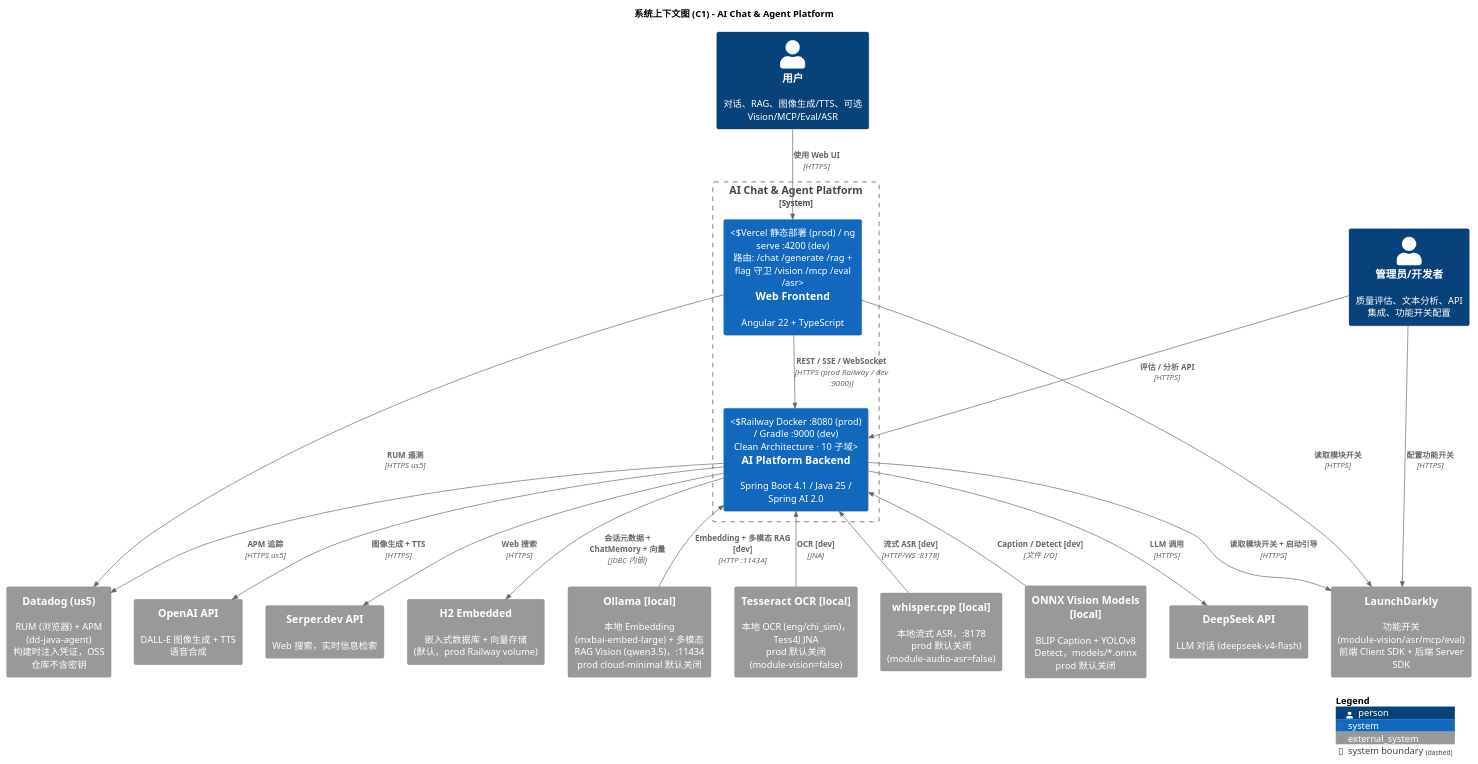
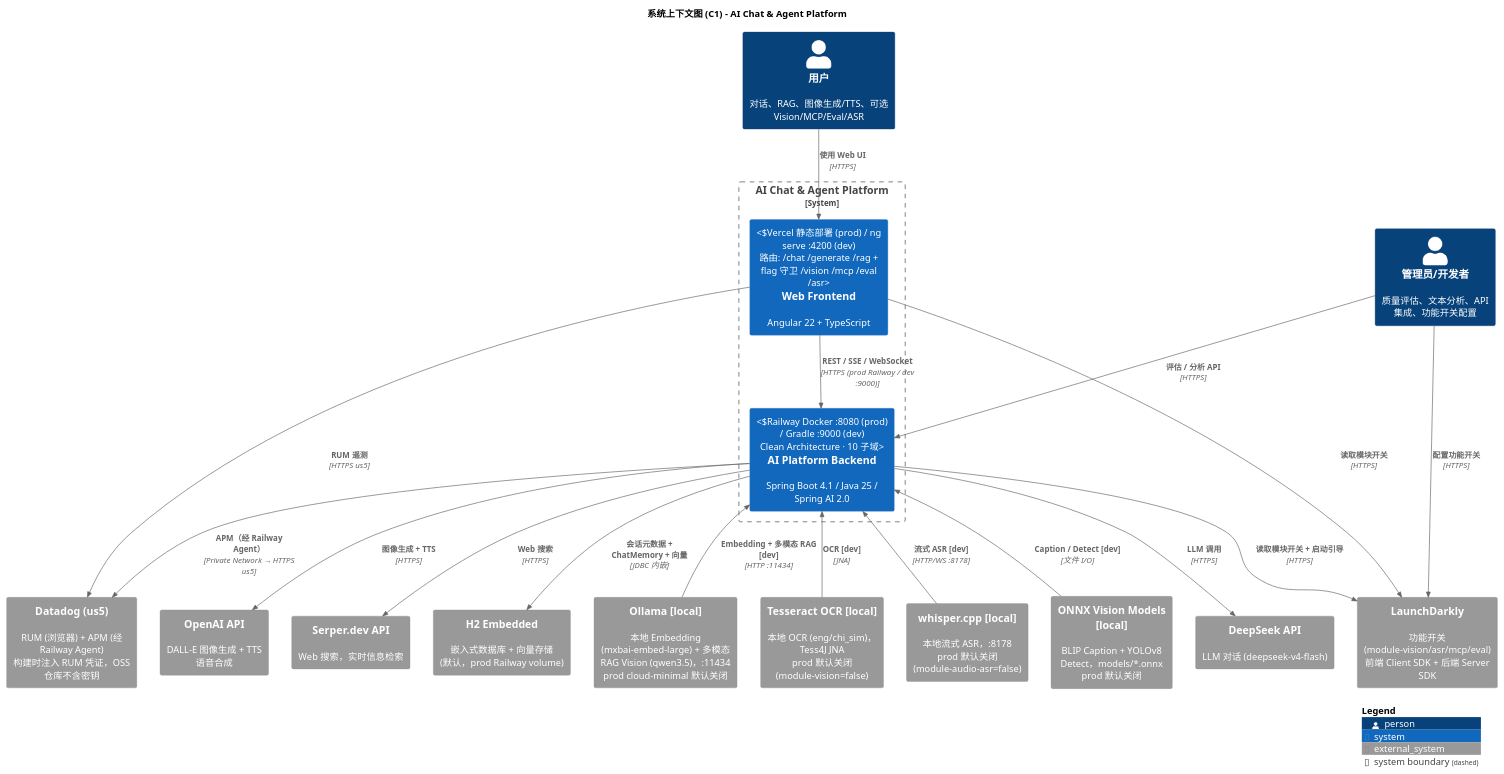
One commit to felixzhu97/explore-ai changed the diagram in docs/c4/C1-Context.puml. Above: the diagram before and after it, drawn with PlantUML. The commit also changed 8 other files, not shown here.

First line of the commit message:
docs: align C4 production diagram with Datadog Agent

```diff
--- a/docs/c4/C1-Context.puml
+++ b/docs/c4/C1-Context.puml
@@ -1,68 +1,68 @@
 @startuml C1-Context
 !include https://raw.githubusercontent.com/plantuml-stdlib/C4-PlantUML/master/C4_Context.puml
 
 LAYOUT_WITH_LEGEND()
 
 title 系统上下文图 (C1) - AI Chat & Agent Platform
 
 ' ============================================================
 ' PEOPLE
 ' ============================================================
 Person(user, "用户", "对话、RAG、图像生成/TTS、可选 Vision/MCP/Eval/ASR")
 Person(admin, "管理员/开发者", "质量评估、文本分析、API 集成、功能开关配置")
 
 ' ============================================================
 ' AI Chat & Agent Platform
 ' ============================================================
 System_Boundary(ai_platform, "AI Chat & Agent Platform") {
     System(frontend, "Web Frontend", "Angular 22 + TypeScript", "Vercel 静态部署 (prod) / ng serve :4200 (dev)\n路由: /chat /generate /rag + flag 守卫 /vision /mcp /eval /asr")
     System(backend, "AI Platform Backend", "Spring Boot 4.1 / Java 25 / Spring AI 2.0", "Railway Docker :8080 (prod) / Gradle :9000 (dev)\nClean Architecture · 10 子域")
 }
 
 ' ============================================================
 ' PLATFORM SERVICES
 ' ============================================================
 System_Ext(launchdarkly, "LaunchDarkly", "功能开关 (module-vision/asr/mcp/eval)\n前端 Client SDK + 后端 Server SDK")
-System_Ext(datadog, "Datadog (us5)", "RUM (浏览器) + APM (dd-java-agent)\n构建时注入凭证，OSS 仓库不含密钥")
+System_Ext(datadog, "Datadog (us5)", "RUM (浏览器) + APM (经 Railway Agent)\n构建时注入 RUM 凭证，OSS 仓库不含密钥")
 
 ' ============================================================
 ' CLOUD AI SERVICES (prod + dev)
 ' ============================================================
 System_Ext(deepseek_api, "DeepSeek API", "LLM 对话 (deepseek-v4-flash)")
 System_Ext(openai_api, "OpenAI API", "DALL-E 图像生成 + TTS 语音合成")
 System_Ext(serper_api, "Serper.dev API", "Web 搜索，实时信息检索")
 
 ' ============================================================
 ' DATA & LOCAL-ONLY SERVICES (dev / optional)
 ' ============================================================
 System_Ext(h2_db, "H2 Embedded", "嵌入式数据库 + 向量存储 (默认，prod Railway volume)")
 System_Ext(ollama, "Ollama [local]", "本地 Embedding (mxbai-embed-large) + 多模态 RAG Vision (qwen3.5)，:11434\nprod cloud-minimal 默认关闭")
 System_Ext(tesseract, "Tesseract OCR [local]", "本地 OCR (eng/chi_sim)，Tess4J JNA\nprod 默认关闭 (module-vision=false)")
 System_Ext(whisper_cpp, "whisper.cpp [local]", "本地流式 ASR，:8178\nprod 默认关闭 (module-audio-asr=false)")
 System_Ext(onnx_vision, "ONNX Vision Models [local]", "BLIP Caption + YOLOv8 Detect，models/*.onnx\nprod 默认关闭")
 
 ' ============================================================
 ' RELATIONSHIPS
 ' ============================================================
 Rel(user, frontend, "使用 Web UI", "HTTPS")
 Rel(admin, launchdarkly, "配置功能开关", "HTTPS")
 Rel(admin, backend, "评估 / 分析 API", "HTTPS")
 Rel(frontend, backend, "REST / SSE / WebSocket", "HTTPS (prod Railway / dev :9000)")
 
 Rel(frontend, launchdarkly, "读取模块开关", "HTTPS")
 Rel(frontend, datadog, "RUM 遥测", "HTTPS us5")
 Rel(backend, launchdarkly, "读取模块开关 + 启动引导", "HTTPS")
-Rel(backend, datadog, "APM 追踪", "HTTPS us5")
+Rel(backend, datadog, "APM（经 Railway Agent）", "Private Network → HTTPS us5")
 
 Rel(backend, deepseek_api, "LLM 调用", "HTTPS")
 Rel(backend, openai_api, "图像生成 + TTS", "HTTPS")
 Rel(backend, serper_api, "Web 搜索", "HTTPS")
 Rel(backend, h2_db, "会话元数据 + ChatMemory + 向量", "JDBC 内嵌")
 
 Rel_Back(backend, ollama, "Embedding + 多模态 RAG [dev]", "HTTP :11434")
 Rel_Back(backend, tesseract, "OCR [dev]", "JNA")
 Rel_Back(backend, whisper_cpp, "流式 ASR [dev]", "HTTP/WS :8178")
 Rel_Back(backend, onnx_vision, "Caption / Detect [dev]", "文件 I/O")
 
 SHOW_LEGEND()
 @enduml
```
